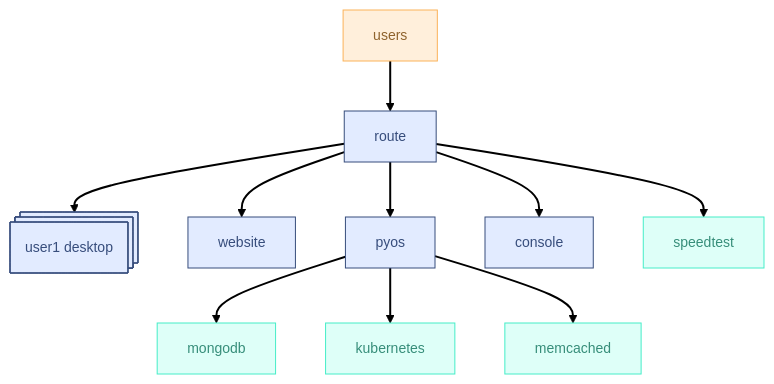
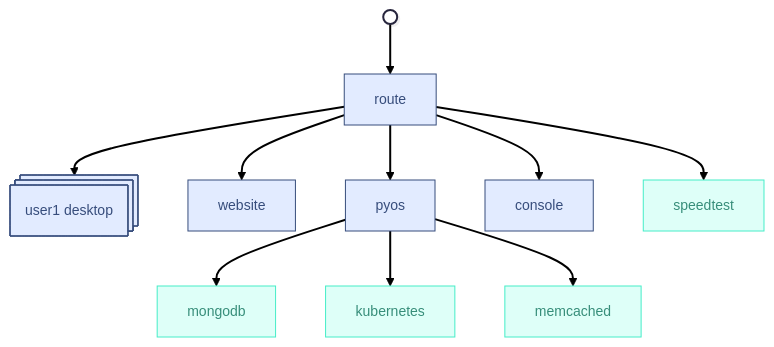
The first of 2 diagrams in opsdocs/docs/architecture.md (abcdesktopio/docs), drawn with Mermaid before and after one commit.

````diff
--- a/opsdocs/docs/architecture.md
+++ b/opsdocs/docs/architecture.md
@@ -7,28 +7,28 @@
 ``` mermaid
 ---
 config:
   theme: redux
 ---
 flowchart TD
     R["route"] --> desktop["user1 desktop"] & W["website"] & API["pyos"] & C["console"] & S["speedtest"]
     API --> mongodb["mongodb"] & kubernetes["kubernetes"] & memcache["memcached"]
     n1["users"] --> R
     R@{ shape: proc}
     desktop@{ shape: procs}
+    n1@{ shape: sm-circ}
      R:::Sky
      desktop:::Ash
      desktop:::Sky
      W:::Sky
      API:::Sky
      C:::Sky
      S:::Aqua
      mongodb:::Aqua
      kubernetes:::Aqua
      memcache:::Aqua
      n1:::Peach
     classDef Ash stroke-width:1px, stroke-dasharray:none, stroke:#999999, fill:#EEEEEE, color:#000000
     classDef Aqua stroke-width:1px, stroke-dasharray:none, stroke:#46EDC8, fill:#DEFFF8, color:#378E7A
     classDef Sky stroke-width:1px, stroke-dasharray:none, stroke:#374D7C, fill:#E2EBFF, color:#374D7C
     classDef Peach stroke-width:1px, stroke-dasharray:none, stroke:#FBB35A, fill:#FFEFDB, color:#8F632D
-
 ```
````
